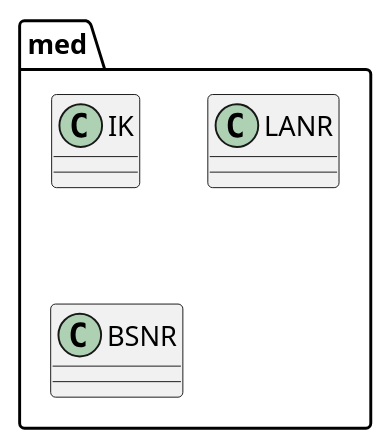
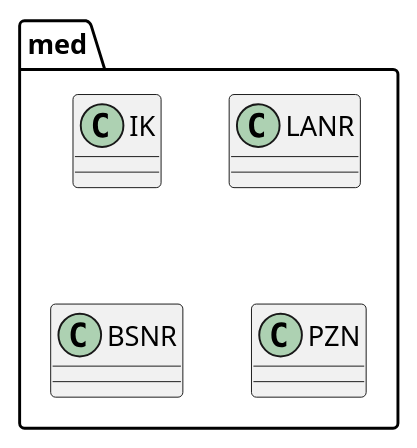
Before and after one commit to oboehm/jfachwert: the diagram in src/main/asciidoc/images/package-med.puml, drawn with PlantUML. The commit also changed 7 other files, not shown here.

```diff
--- a/src/main/asciidoc/images/package-med.puml
+++ b/src/main/asciidoc/images/package-med.puml
@@ -1,11 +1,12 @@
 @startuml
 
 package "med" {
 
     class IK
     class LANR
     class BSNR
+    class PZN
 
 }
 
 @enduml
```
